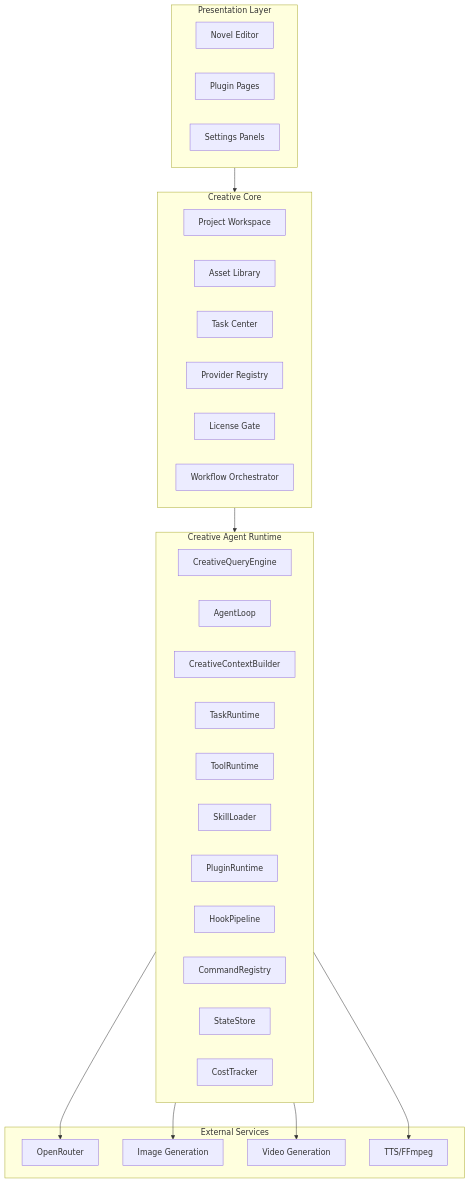
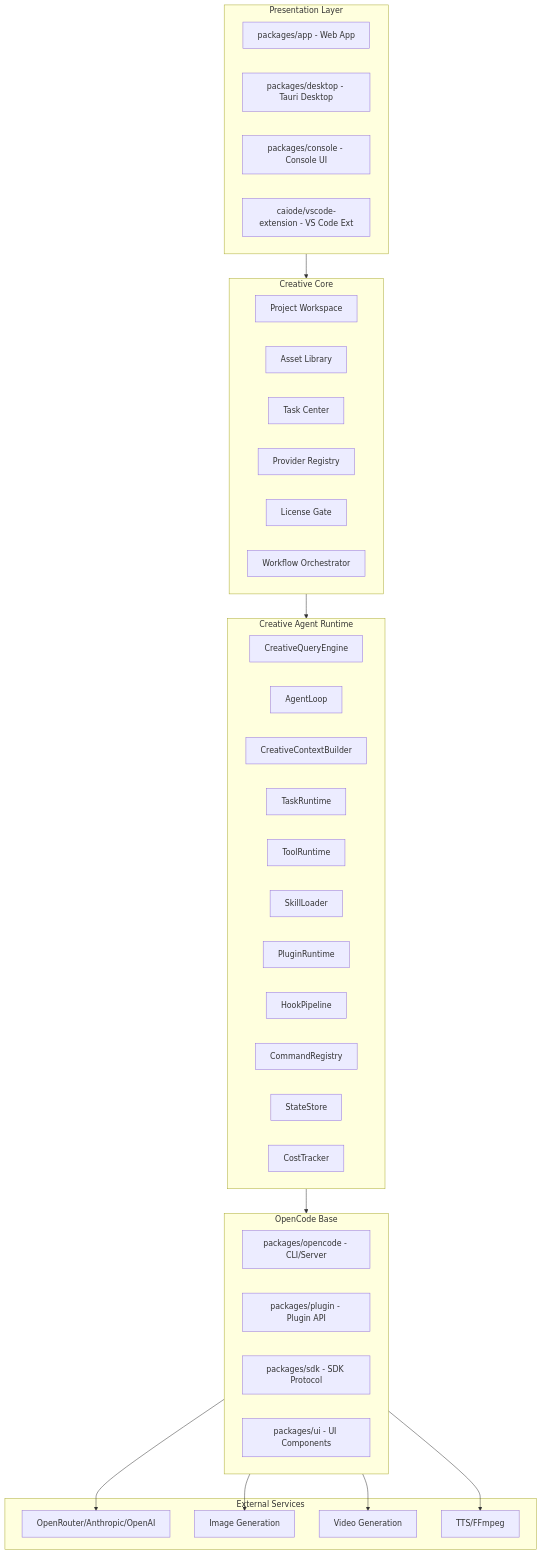
One commit to jimiechen/storytree changed the first of 2 diagrams in docs/CODE_WIKI.md. Above: the diagram before and after it, drawn with Mermaid. The commit also changed other lines of this file and 1 other file, not shown here.

Commit message:
feat: 更新项目 Code Wiki 文档

````diff
--- a/docs/CODE_WIKI.md
+++ b/docs/CODE_WIKI.md
@@ -93,45 +147,54 @@
 ```mermaid
 graph TB
     subgraph UI[Presentation Layer]
-        UI1[Novel Editor]
-        UI2[Plugin Pages]
-        UI3[Settings Panels]
+        UI1[packages/app - Web App]
+        UI2[packages/desktop - Tauri Desktop]
+        UI3[packages/console - Console UI]
+        UI4[caiode/vscode-extension - VS Code Ext]
     end
 
     subgraph Core[Creative Core]
         Core1[Project Workspace]
         Core2[Asset Library]
         Core3[Task Center]
         Core4[Provider Registry]
         Core5[License Gate]
         Core6[Workflow Orchestrator]
     end
 
     subgraph Runtime[Creative Agent Runtime]
         RT1[CreativeQueryEngine]
         RT2[AgentLoop]
         RT3[CreativeContextBuilder]
         RT4[TaskRuntime]
         RT5[ToolRuntime]
         RT6[SkillLoader]
         RT7[PluginRuntime]
         RT8[HookPipeline]
         RT9[CommandRegistry]
         RT10[StateStore]
         RT11[CostTracker]
     end
 
+    subgraph OpenCode[OpenCode Base]
+        OC1[packages/opencode - CLI/Server]
+        OC2[packages/plugin - Plugin API]
+        OC3[packages/sdk - SDK Protocol]
+        OC4[packages/ui - UI Components]
+    end
+
     subgraph External[External Services]
-        Ext1[OpenRouter]
+        Ext1[OpenRouter/Anthropic/OpenAI]
         Ext2[Image Generation]
         Ext3[Video Generation]
         Ext4[TTS/FFmpeg]
     end
 
     UI --> Core
     Core --> Runtime
-    Runtime --> Ext1
-    Runtime --> Ext2
-    Runtime --> Ext3
-    Runtime --> Ext4
+    Runtime --> OpenCode
+    OpenCode --> Ext1
+    OpenCode --> Ext2
+    OpenCode --> Ext3
+    OpenCode --> Ext4
 ```
````
